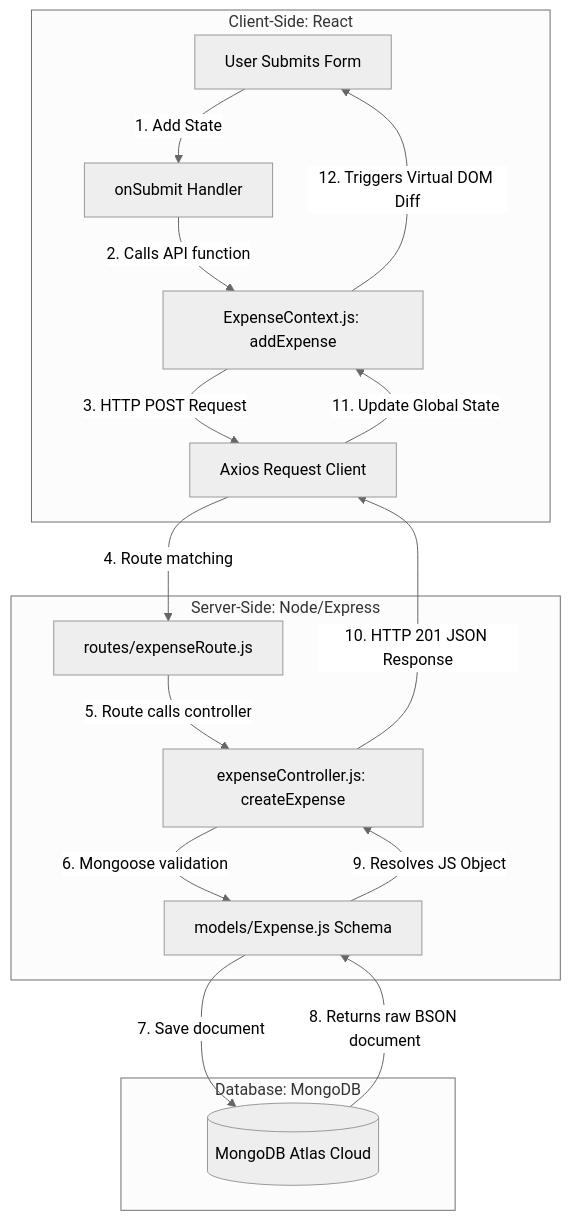
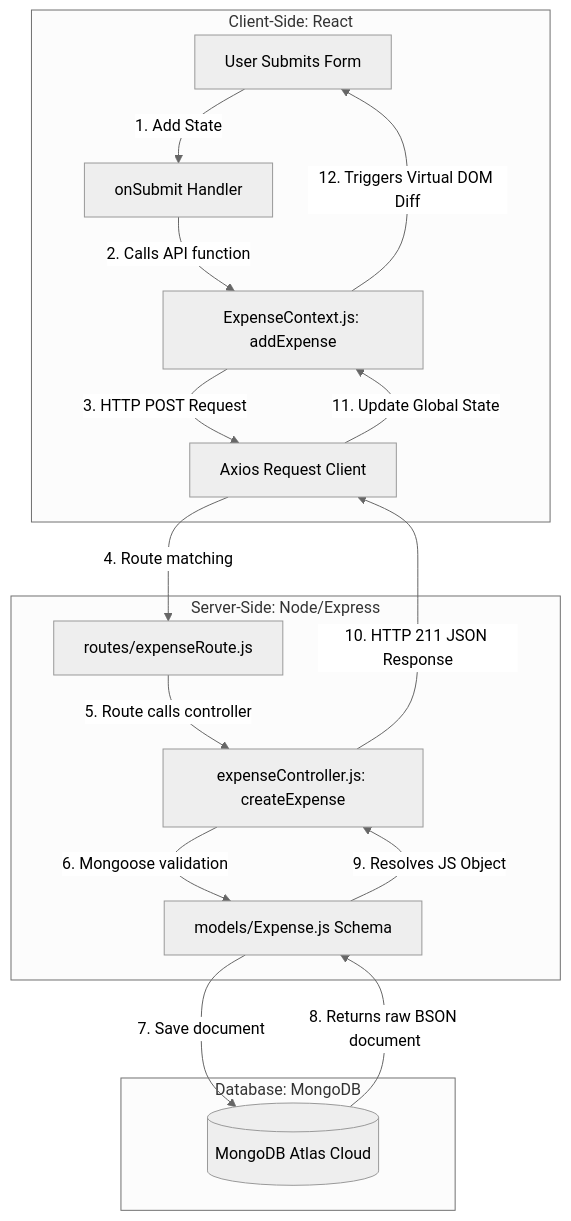
One commit to Anupamyadav7428/Expense-Tracker changed the first of 2 diagrams in README.md. Above: the diagram before and after it, drawn with Mermaid (neutral theme). The commit also changed other lines of this file, not shown here.

````diff
--- a/README.md
+++ b/README.md
@@ -199,24 +198,24 @@
 ```mermaid
 flowchart TD
     subgraph Client [Client-Side: React]
         UI[User Submits Form] --> |1. Add State| Handler[onSubmit Handler]
         Handler --> |2. Calls API function| Context[ExpenseContext.js: addExpense]
         Context --> |3. HTTP POST Request| Axios[Axios Request Client]
     end
     
     subgraph Server [Server-Side: Node/Express]
         Axios --> |4. Route matching| Router[routes/expenseRoute.js]
         Router --> |5. Route calls controller| Controller[expenseController.js: createExpense]
         Controller --> |6. Mongoose validation| Schema[models/Expense.js Schema]
     end
 
     subgraph DB [Database: MongoDB]
         Schema --> |7. Save document| Atlas[(MongoDB Atlas Cloud)]
         Atlas --> |8. Returns raw BSON document| Schema
     end
 
     Schema --> |9. Resolves JS Object| Controller
-    Controller --> |10. HTTP 201 JSON Response| Axios
+    Controller --> |10. HTTP 211 JSON Response| Axios
     Axios --> |11. Update Global State| Context
     Context --> |12. Triggers Virtual DOM Diff| UI
 ```
````
